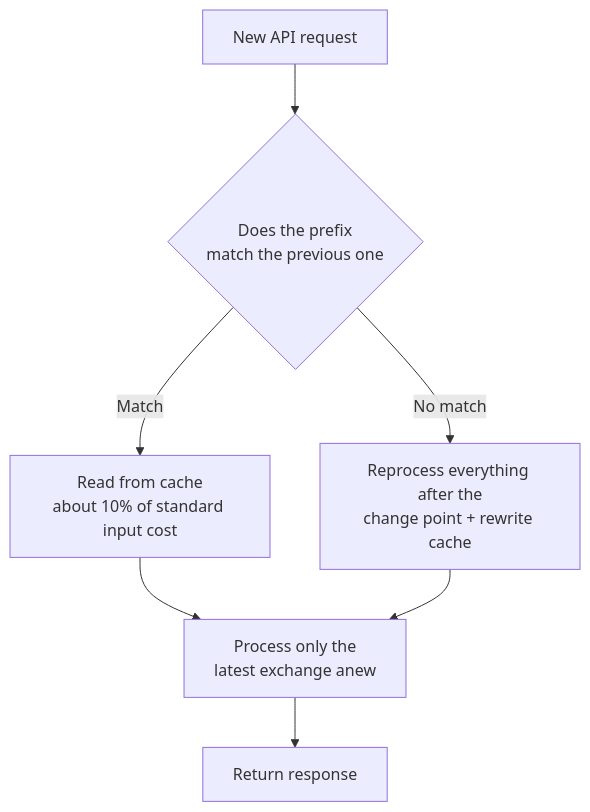
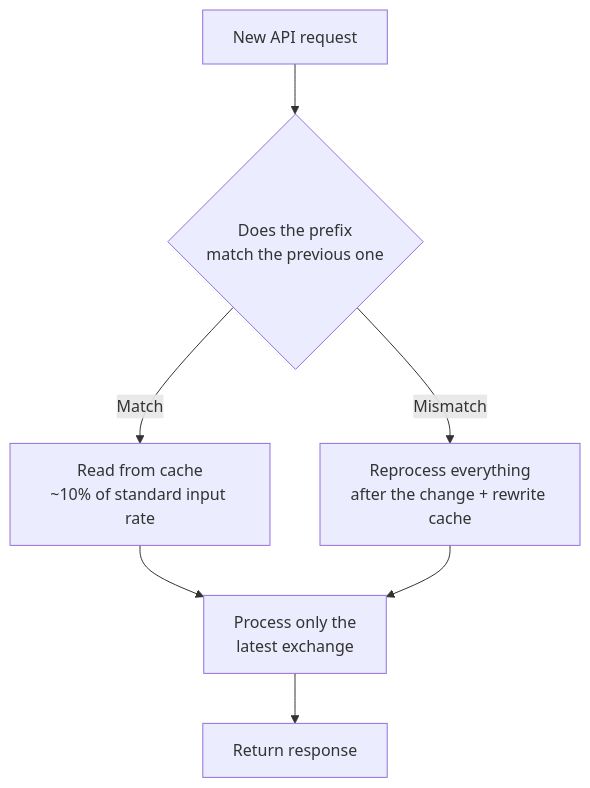
The diagram in docs-site/content/en/claude-code/context-memory/prompt-caching.md (modu-ai/moai-adk), drawn with Mermaid before and after one commit. The commit also changed other lines of this file and 395 other files, not shown here.

````diff
--- a/docs-site/content/en/claude-code/context-memory/prompt-caching.md
+++ b/docs-site/content/en/claude-code/context-memory/prompt-caching.md
@@ -26,9 +26,9 @@
 ```mermaid
 flowchart TD
     A[New API request] --> B{Does the prefix<br>match the previous one}
-    B -->|Match| C[Read from cache<br>about 10% of standard input cost]
-    B -->|No match| D[Reprocess everything after the<br>change point + rewrite cache]
-    C --> E[Process only the<br>latest exchange anew]
+    B -->|Match| C[Read from cache<br>~10% of standard input rate]
+    B -->|Mismatch| D[Reprocess everything<br>after the change + rewrite cache]
+    C --> E[Process only the<br>latest exchange]
     D --> E
     E --> F[Return response]
 ```
````
